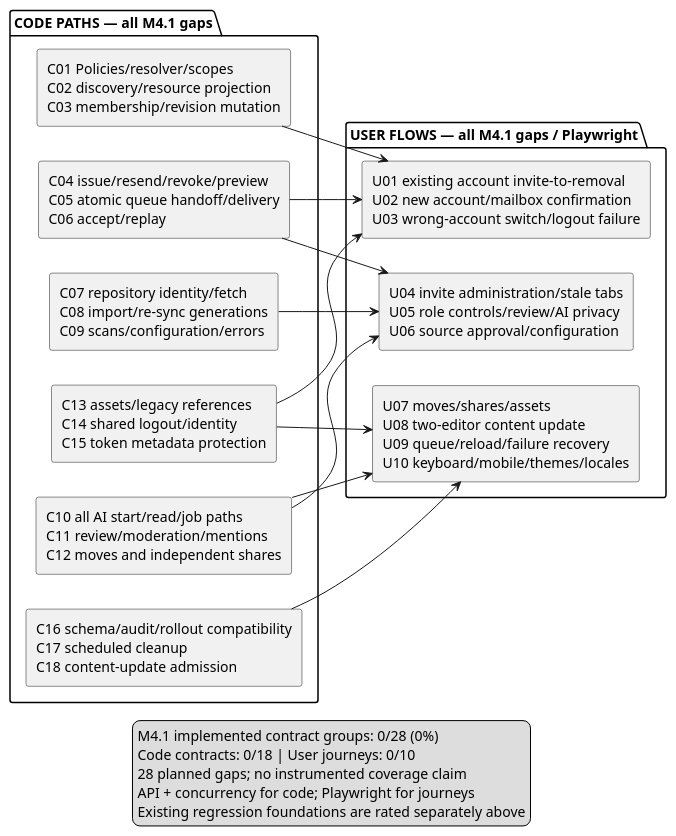
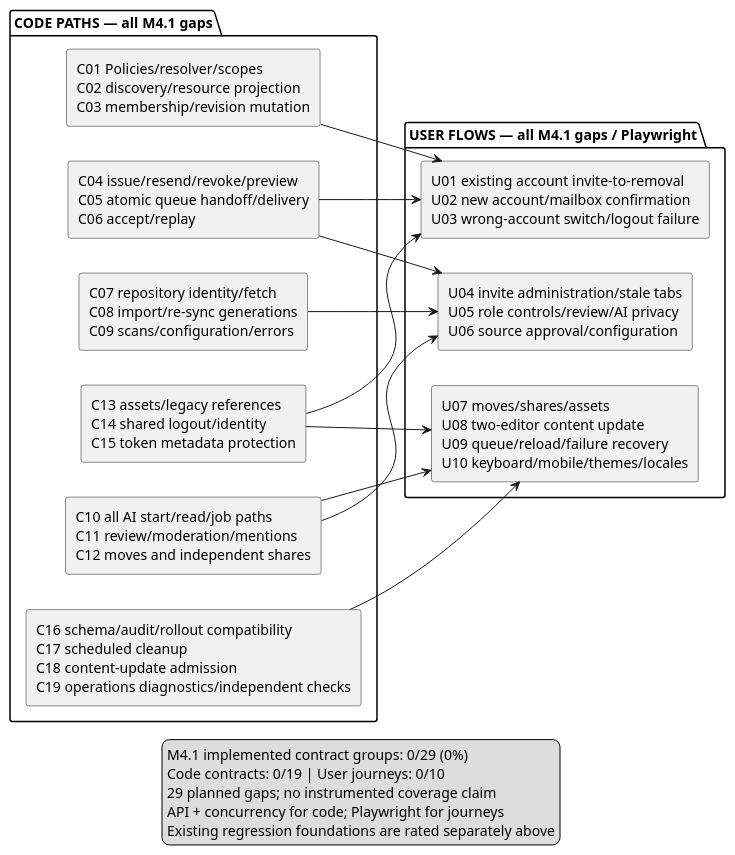
One commit to batjaa/kedge changed the diagram in docs/plans/project-access-test-map.md. Above: the diagram before and after it, drawn with PlantUML. The commit also changed other lines of this file and 7 other files, not shown here.

Commit message:
docs(spec): require independent project access health checks

````diff
--- a/docs/plans/project-access-test-map.md
+++ b/docs/plans/project-access-test-map.md
@@ -63,35 +63,35 @@
 ```plantuml
 @startuml
 left to right direction
 skinparam componentStyle rectangle
 package "CODE PATHS — all M4.1 gaps" {
   component "C01 Policies/resolver/scopes\nC02 discovery/resource projection\nC03 membership/revision mutation" as Access
   component "C04 issue/resend/revoke/preview\nC05 atomic queue handoff/delivery\nC06 accept/replay" as Invites
   component "C07 repository identity/fetch\nC08 import/re-sync generations\nC09 scans/configuration/errors" as Sources
   component "C10 all AI start/read/job paths\nC11 review/moderation/mentions\nC12 moves and independent shares" as Review
   component "C13 assets/legacy references\nC14 shared logout/identity\nC15 token metadata protection" as Protection
-  component "C16 schema/audit/rollout compatibility\nC17 scheduled cleanup\nC18 content-update admission" as Recovery
+  component "C16 schema/audit/rollout compatibility\nC17 scheduled cleanup\nC18 content-update admission\nC19 operations diagnostics/independent checks" as Recovery
 }
 package "USER FLOWS — all M4.1 gaps / Playwright" {
   component "U01 existing account invite-to-removal\nU02 new account/mailbox confirmation\nU03 wrong-account switch/logout failure" as Join
   component "U04 invite administration/stale tabs\nU05 role controls/review/AI privacy\nU06 source approval/configuration" as Manage
   component "U07 moves/shares/assets\nU08 two-editor content update\nU09 queue/reload/failure recovery\nU10 keyboard/mobile/themes/locales" as Complete
 }
 Access --> Join
 Invites --> Join
 Invites --> Manage
 Sources --> Manage
 Review --> Manage
 Review --> Complete
 Protection --> Join
 Protection --> Complete
 Recovery --> Complete
 legend bottom
-M4.1 implemented contract groups: 0/28 (0%)
-Code contracts: 0/18 | User journeys: 0/10
-28 planned gaps; no instrumented coverage claim
+M4.1 implemented contract groups: 0/29 (0%)
+Code contracts: 0/19 | User journeys: 0/10
+29 planned gaps; no instrumented coverage claim
 API + concurrency for code; Playwright for journeys
 Existing regression foundations are rated separately above
 endlegend
 @enduml
 ```
````
